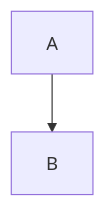
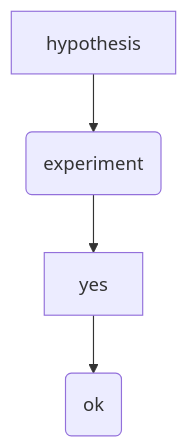
The diagram in README.md (illtr/Scientific_Method_Class), drawn with Mermaid before and after one commit.

Commit message:
SMC
I like this name

````diff
--- a/README.md
+++ b/README.md
@@ -12,4 +12,5 @@
 ```mermaid
-graph TD
-A-->B
+flowchart TD
+   A[hypothesis]-->B(experiment);
+   B --> yes --> C(ok);
 ```
````
